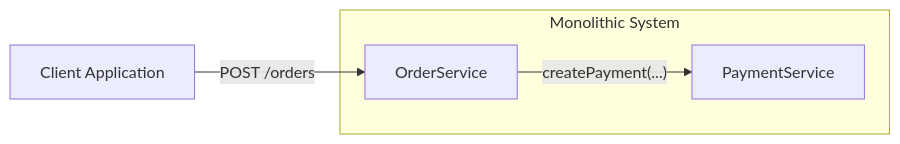
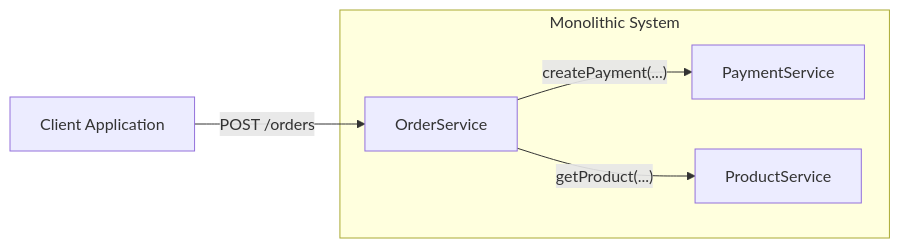
One commit to MarcinGargala/contract-tests changed the first of 3 diagrams in README.md. Above: the diagram before and after it, drawn with Mermaid. The commit also changed other lines of this file and 12 other files, not shown here.

````diff
--- a/README.md
+++ b/README.md
@@ -10,14 +63,16 @@
 ```mermaid
 flowchart LR
   Client[Client Application]
 
   subgraph Monolith[Monolithic System]
     OrderService[OrderService]
     PaymentService[PaymentService]
+    ProductService[ProductService]
   end
 
   Client -->|POST /orders| OrderService
+  OrderService -->|"getProduct(...)"| ProductService
   OrderService -->|"createPayment(...)"| PaymentService
 
 
 ```
````
